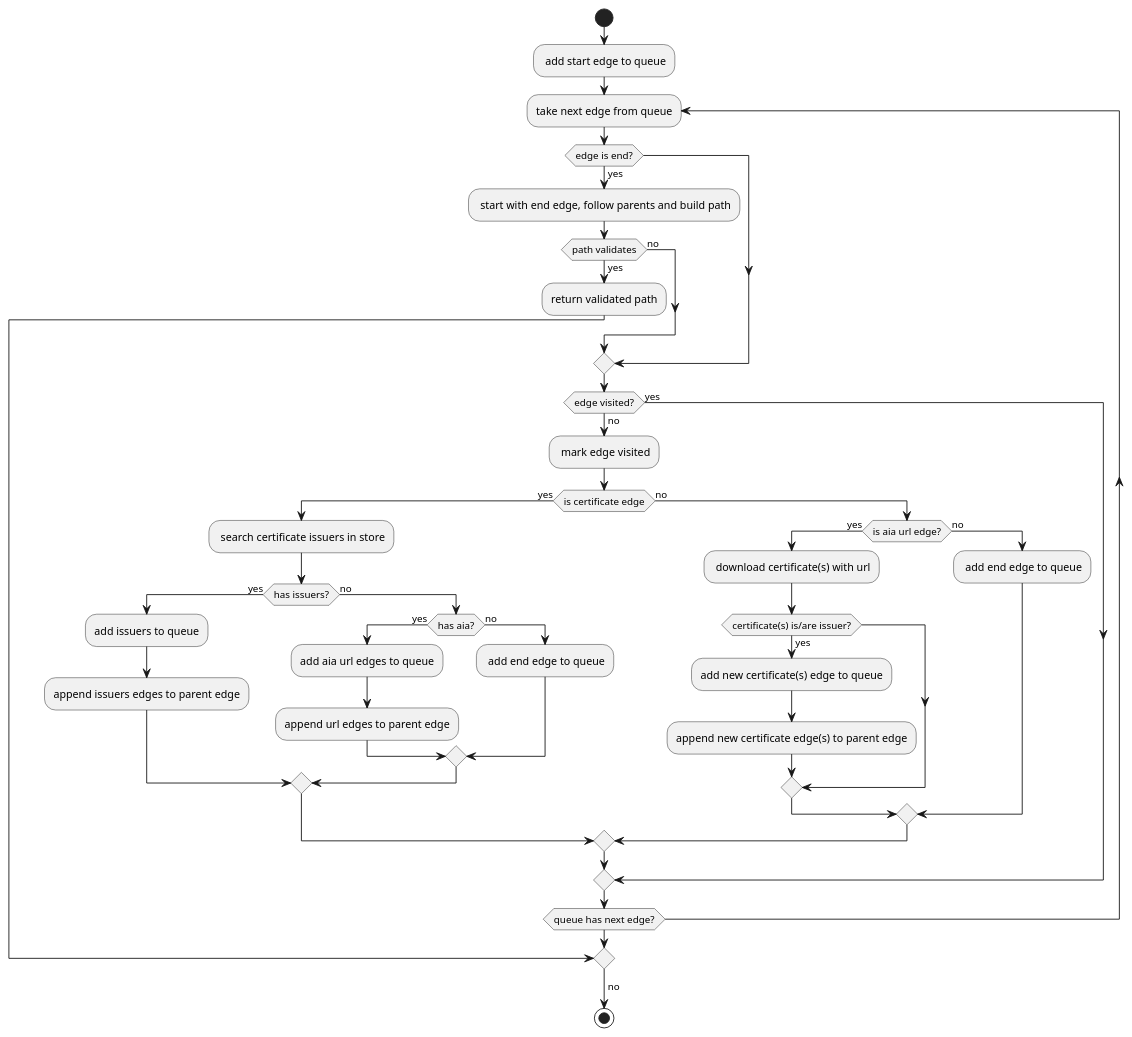
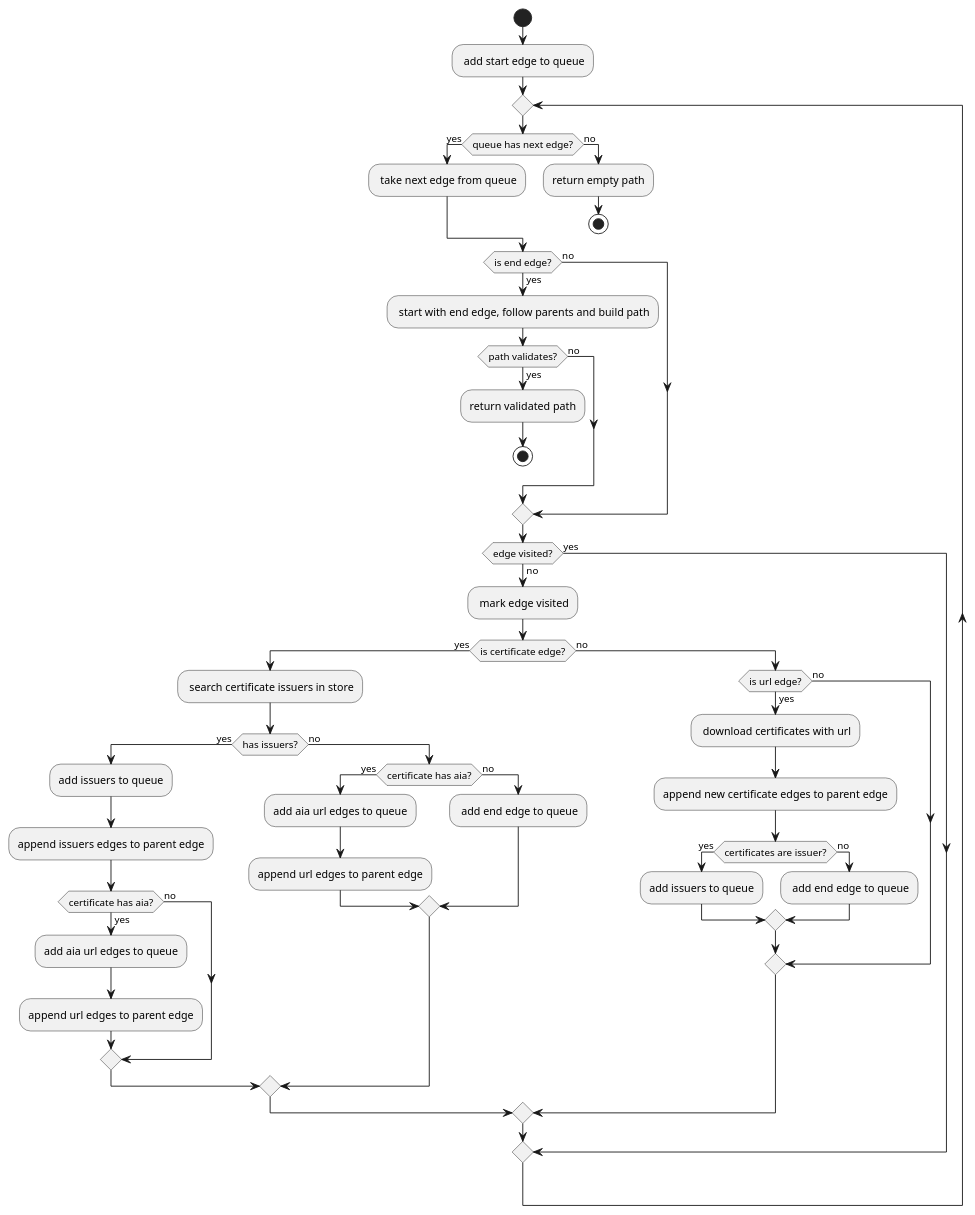
Before and after one commit to ciphx-src/x509-path-finder: the diagram in doc/find.puml, drawn with PlantUML. The commit also changed 2 other files, not shown here.

```diff
--- a/doc/find.puml
+++ b/doc/find.puml
@@ -1,54 +1,65 @@
 @startuml
 
 start
 
 : add start edge to queue;
 
-repeat :take next edge from queue;
+repeat
+    if (queue has next edge?) then (yes)
+        : take next edge from queue;
+    else (no)
+        :return empty path;
+        stop;
+    endif
 
-    if (edge is end?) then (yes)
+    if (is end edge?) then (yes)
         : start with end edge, follow parents and build path;
-        if (path validates) then (yes)
+        if (path validates?) then (yes)
             :return validated path;
-            break;
+            stop;
         else (no)
         endif
+    else (no)
     endif
 
     if (edge visited?) then (yes)
     else (no)
         : mark edge visited;
 
-        if (is certificate edge) then (yes)
+        if (is certificate edge?) then (yes)
             : search certificate issuers in store;
             if (has issuers?) then (yes)
                 :add issuers to queue;
                 :append issuers edges to parent edge;
+                if (certificate has aia?) then (yes)
+                    :add aia url edges to queue;
+                    :append url edges to parent edge;
+                else (no)
+                endif
             else (no)
-                if (has aia?) then (yes)
+                if (certificate has aia?) then (yes)
                     :add aia url edges to queue;
                     :append url edges to parent edge;
                 else (no)
                     : add end edge to queue;
                 endif
             endif
         else (no)
-            if (is aia url edge?) then (yes)
-                : download certificate(s) with url;
-                if (certificate(s) is/are issuer?) then (yes)
-                    :add new certificate(s) edge to queue;
-                    :append new certificate edge(s) to parent edge;
+            if (is url edge?) then (yes)
+                : download certificates with url;
+                :append new certificate edges to parent edge;
+                if (certificates are issuer?) then (yes)
+                    :add issuers to queue;
+                else (no)
+                    : add end edge to queue;
                 endif
             else (no)
-                : add end edge to queue;
             endif
         endif
     endif
-repeat while(queue has next edge?)
-->no;
-stop
+repeat while
 
 
 
 
 @enduml
```
